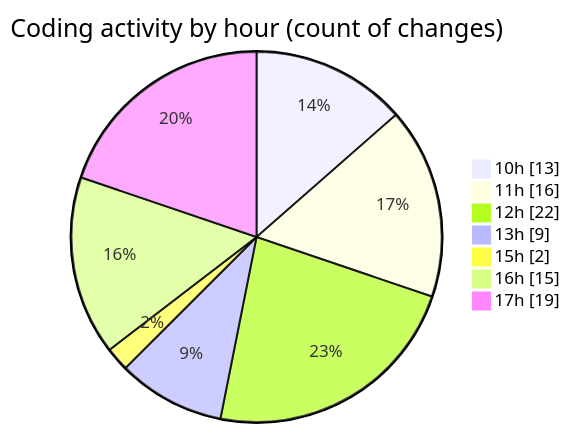
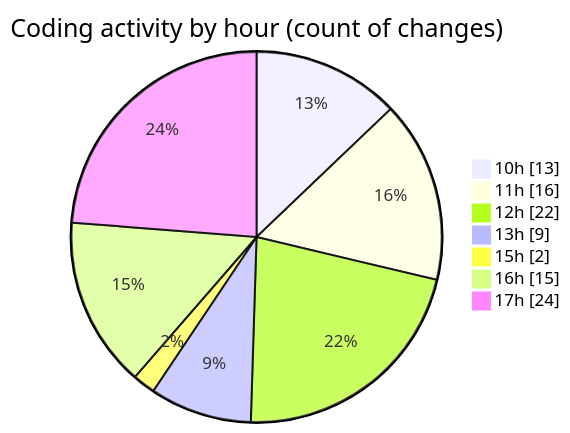
One commit to momahboobian/code-tracking changed the second of 2 diagrams in 2025-05-27/cda/README.md. Above: the diagram before and after it, drawn with Mermaid. The commit also changed other lines of this file and 1 other file, not shown here.

````diff
--- a/2025-05-27/cda/README.md
+++ b/2025-05-27/cda/README.md
@@ -41,11 +42,11 @@
 ```mermaid
 pie showData
 title Coding activity by hour (count of changes)
 "10h" : 13
 "11h" : 16
 "12h" : 22
 "13h" : 9
 "15h" : 2
 "16h" : 15
-"17h" : 19
+"17h" : 24
 ```
````
